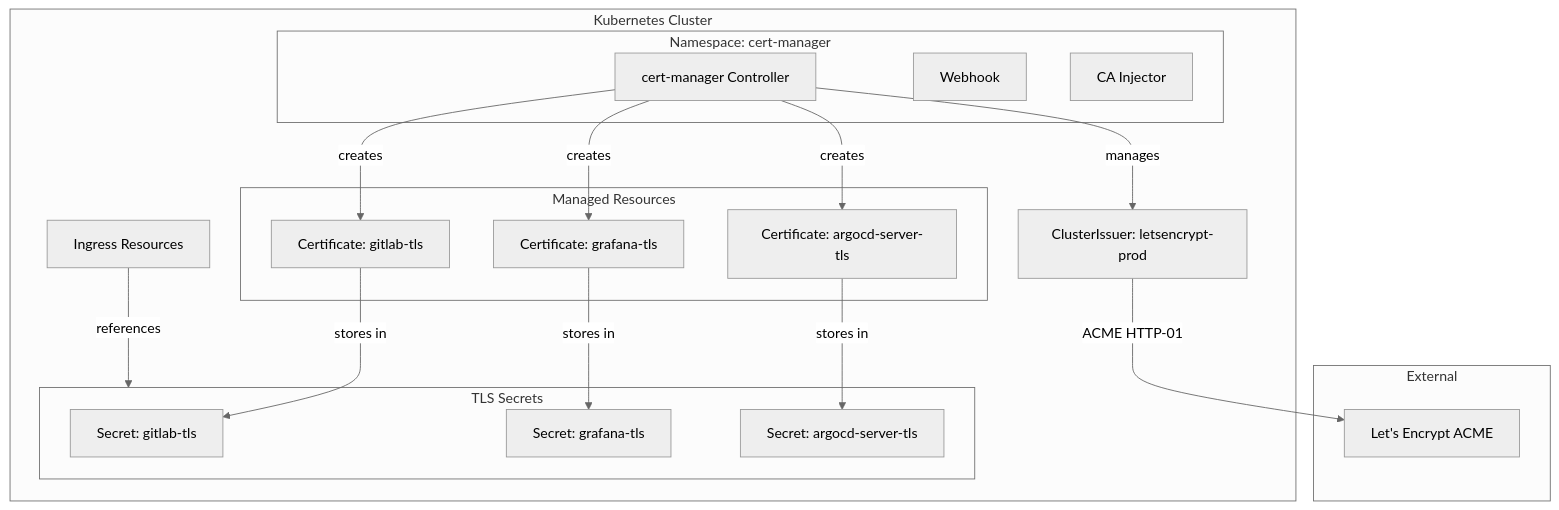
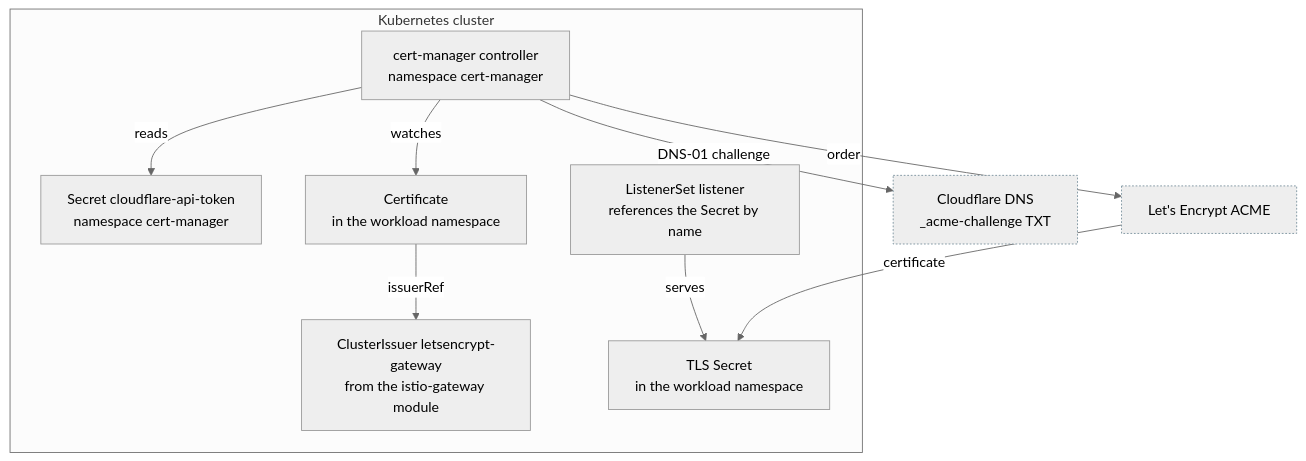
One commit to chrisleekr/homelab-infrastructure changed the diagram in docs/stage2/cert-manager-letsencrypt.md. Above: the diagram before and after it, drawn with Mermaid (neutral theme). The commit also changed other lines of this file and 143 other files, not shown here.

Commit message:
feat(stage2): migrate nginx-ingress to Istio Gateway API (#119)

````diff
--- a/docs/stage2/cert-manager-letsencrypt.md
+++ b/docs/stage2/cert-manager-letsencrypt.md
@@ -7,40 +9,24 @@
 ```mermaid
 flowchart TB
-    subgraph external [External]
-        LetsEncrypt[Let's Encrypt ACME]
+    LetsEncrypt["Let's Encrypt ACME"]:::aux
+    CloudflareDNS["Cloudflare DNS<br/>_acme-challenge TXT"]:::aux
+
+    subgraph cluster [Kubernetes cluster]
+        Controller["cert-manager controller<br/>namespace cert-manager"]
+        TokenSecret["Secret cloudflare-api-token<br/>namespace cert-manager"]
+        Issuer["ClusterIssuer letsencrypt-gateway<br/>from the istio-gateway module"]
+        Cert["Certificate<br/>in the workload namespace"]
+        TLSSecret["TLS Secret<br/>in the workload namespace"]
+        Listener["ListenerSet listener<br/>references the Secret by name"]
     end
 
-    subgraph k8s [Kubernetes Cluster]
-        subgraph ns [Namespace: cert-manager]
-            Controller[cert-manager Controller]
-            Webhook[Webhook]
-            CAInjector[CA Injector]
-        end
+    Controller -->|reads| TokenSecret
+    Controller -->|watches| Cert
+    Cert -->|issuerRef| Issuer
+    Controller -->|DNS-01 challenge| CloudflareDNS
+    Controller -->|order| LetsEncrypt
+    LetsEncrypt -->|certificate| TLSSecret
+    Listener -->|serves| TLSSecret
 
-        ClusterIssuer[ClusterIssuer: letsencrypt-prod]
-
-        subgraph resources [Managed Resources]
-            Cert1[Certificate: gitlab-tls]
-            Cert2[Certificate: grafana-tls]
-            Cert3[Certificate: argocd-server-tls]
-        end
-
-        subgraph secrets [TLS Secrets]
-            Secret1[Secret: gitlab-tls]
-            Secret2[Secret: grafana-tls]
-            Secret3[Secret: argocd-server-tls]
-        end
-
-        Ingress[Ingress Resources]
-    end
-
-    Controller -->|manages| ClusterIssuer
-    ClusterIssuer -->|ACME HTTP-01| LetsEncrypt
-    Controller -->|creates| Cert1
-    Controller -->|creates| Cert2
-    Controller -->|creates| Cert3
-    Cert1 -->|stores in| Secret1
-    Cert2 -->|stores in| Secret2
-    Cert3 -->|stores in| Secret3
-    Ingress -->|references| secrets
+    classDef aux stroke:#78909c,stroke-dasharray:2 2
 ```
````
